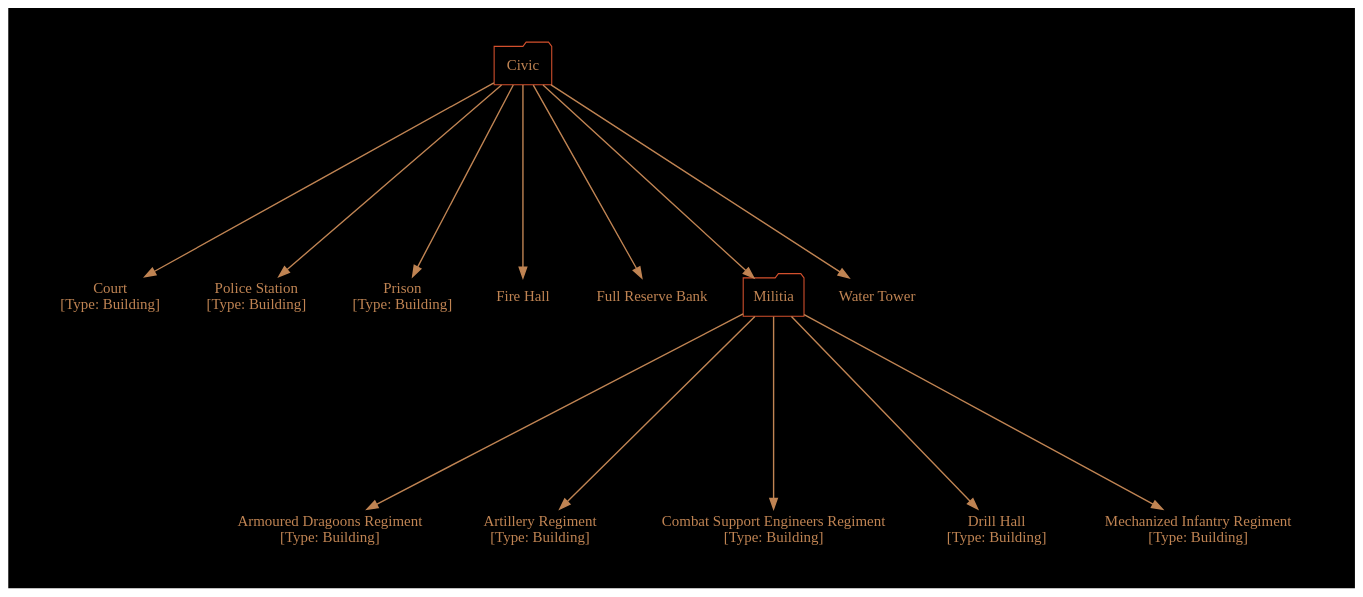
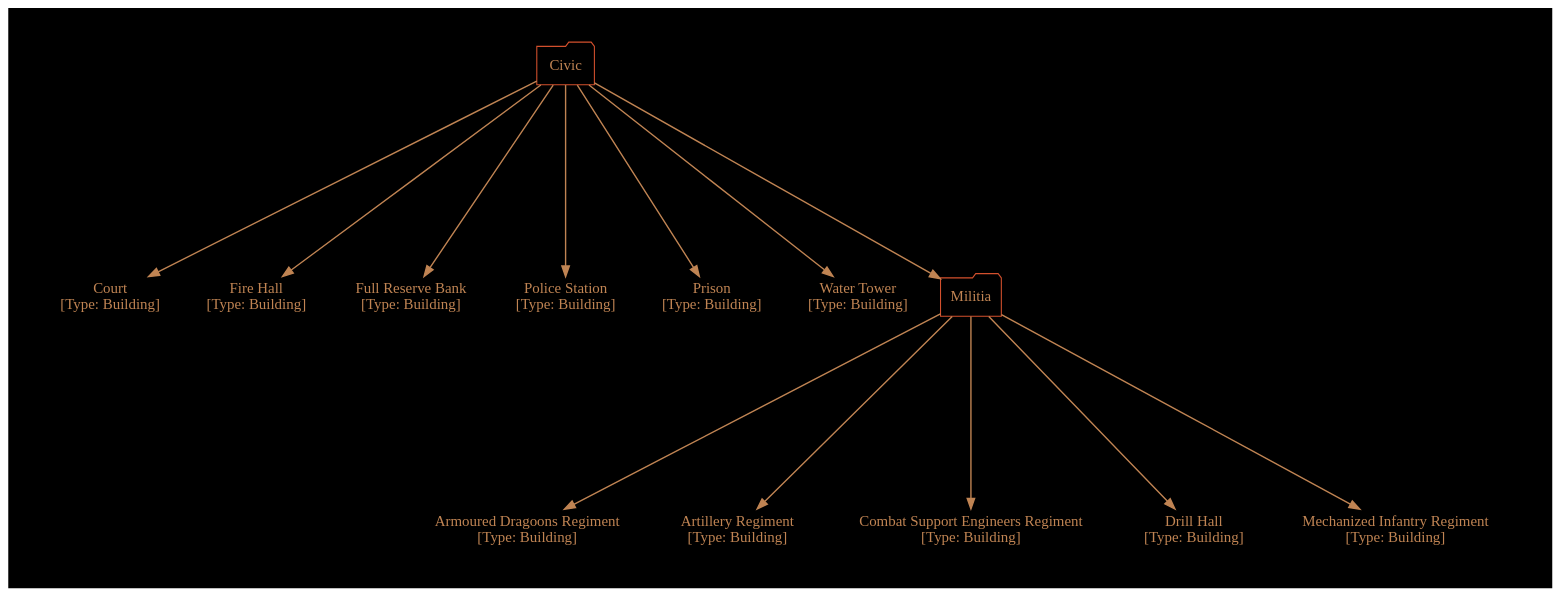
One commit to cartesiantheatre/handbook changed the diagram in Handbook/Source/Game_Mechanics/Diagrams/Units_User_Basic_Civic.twopi.gv. Above: the diagram before and after it, drawn with Graphviz. The commit also changed 11 other files, not shown here.

```diff
--- a/Handbook/Source/Game_Mechanics/Diagrams/Units_User_Basic_Civic.twopi.gv
+++ b/Handbook/Source/Game_Mechanics/Diagrams/Units_User_Basic_Civic.twopi.gv
@@ -1,60 +1,63 @@
 /*
   This is part of the Avaneya Project Crew Handbook.
   Copyright (C) 2010, 2011, 2012
     Kshatra Corp.
   See the file License for copying conditions.
   
   To manually compile:
       $ sudo aptitude install graphviz
       $ twopi -Tpdf Units_User_Basic_Civic.twopi.gv -o Units_User_Basic_Civic.pdf
 */
 
 digraph Units_User_Basic_Civic
 {
     // Graph attributes...
 	bgcolor="black";
 	margin="0";
 	ratio="auto";
     ranksep="2.5";
     pad="0.5,0.5";
     compound="true";
     overlap="vpsc";
     root="Civic";
 
 	// Node attributes...
 	node[color="#d3502dff"];
 	node[fillcolor="gray10"];
     node[fontcolor="#c08453ff"];
     node[fontname="Ubuntu"];
     node[shape="none"]
 	
 	// Edge attributes...
 	edge[color="#c08453ff"];
 	edge[penwidth="1.3"];
 
     // Units...
-    "Court"[label="Court\n[Type: Building]"];
-    "Police Station"[label="Police Station\n[Type: Building]"];
-    "Prison"[label="Prison\n[Type: Building]"];
     "Armoured Dragoons Regiment"[label="Armoured Dragoons Regiment\n[Type: Building]"];
     "Artillery Regiment"[label="Artillery Regiment\n[Type: Building]"];
     "Combat Support Engineers Regiment"[label="Combat Support Engineers Regiment\n[Type: Building]"];
+    "Court"[label="Court\n[Type: Building]"];
     "Drill Hall"[label="Drill Hall\n[Type: Building]"];
+    "Fire Hall"[label="Fire Hall\n[Type: Building]"];
+    "Full Reserve Bank"[label="Full Reserve Bank\n[Type: Building]"];
     "Mechanized Infantry Regiment"[label="Mechanized Infantry Regiment\n[Type: Building]"];
+    "Police Station"[label="Police Station\n[Type: Building]"];
+    "Prison"[label="Prison\n[Type: Building]"];
+    "Water Tower"[label="Water Tower\n[Type: Building]"];
 
-    // Relations...
+    // Categorical relations, but not build dependencies...
     "Civic"[shape="folder"];
         "Civic" -> "Court";
         "Civic" -> "Fire Hall";
         "Civic" -> "Full Reserve Bank";
         "Civic" -> "Police Station";
         "Civic" -> "Prison";
         "Civic" -> "Militia";
         "Civic" -> "Water Tower";
         "Militia"[shape="folder"];
             "Militia" -> "Armoured Dragoons Regiment";
             "Militia" -> "Artillery Regiment";
             "Militia" -> "Combat Support Engineers Regiment";
             "Militia" -> "Drill Hall";
             "Militia" -> "Mechanized Infantry Regiment";
 }
```
